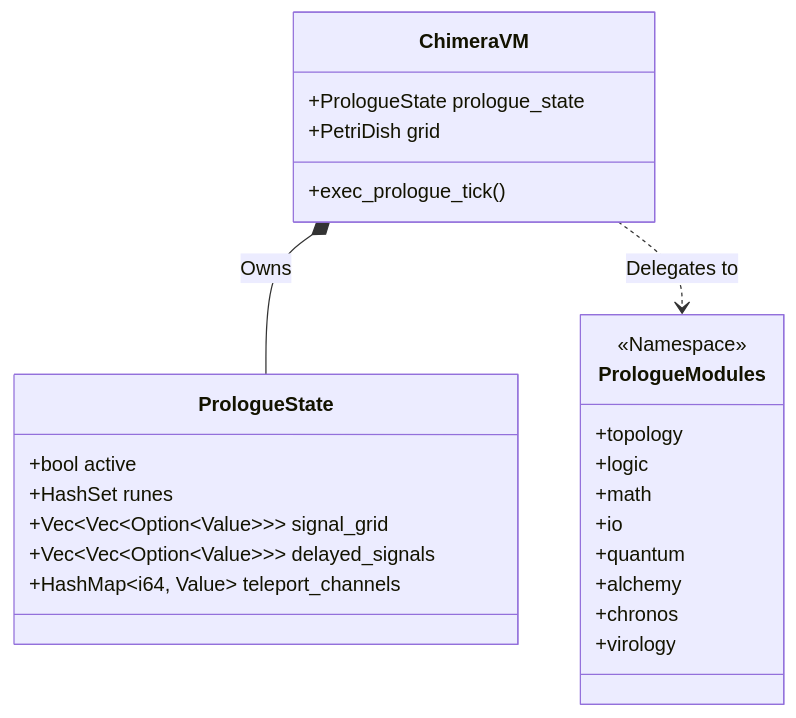
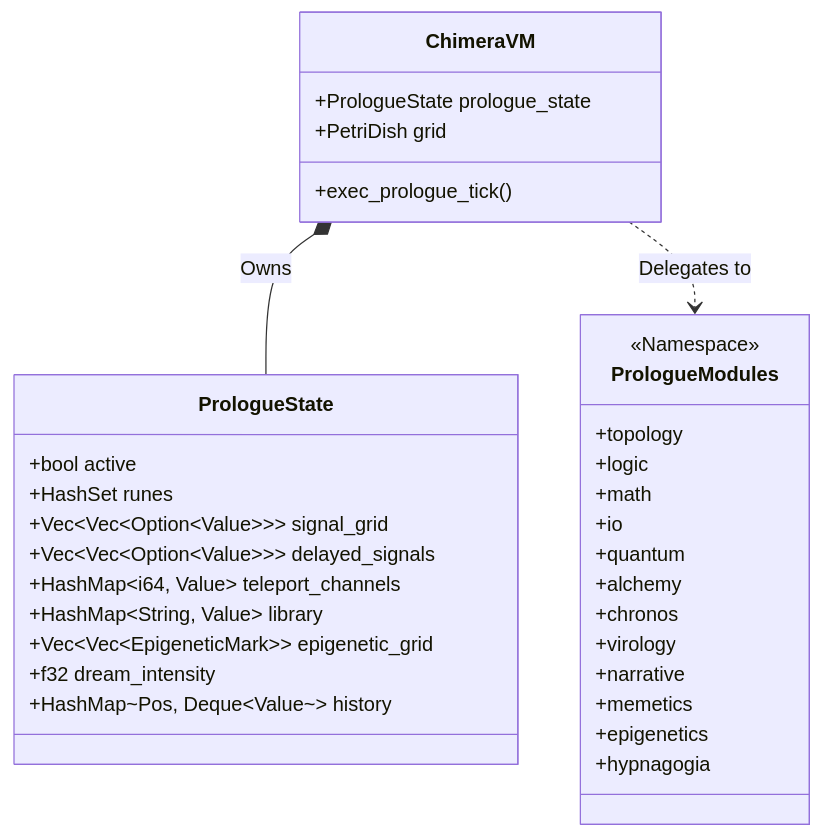
Before and after one commit to madmax983/skunkworks: diagram 42 of 51 in docs/architecture.md, drawn with Mermaid. The commit also changed 1 other file, not shown here.

Commit message:
Docs: Add ADR 046 and update architecture diagrams for Narrative/Memetics
*   Created `docs/adr/046-chimera-narrative-memetics.md` to document the new Narrative and Memetics subsystems in `chimera-lang`.
*   Updated `docs/architecture.md` to include `narrative`, `memetics`, `epigenetics`, and `hypnagogia` in the `PrologueModules` class diagram.
*   Updated `PrologueState` in `docs/architecture.md` to include `library`, `epigenetic_grid`, `dream_intensity`, and `history`.

Context:
This change improves architectural transparency by documenting the recently added literary automata features in the Prologue system, ensuring the documentation reflects the current codebase state.

````diff
--- a/docs/architecture.md
+++ b/docs/architecture.md
@@ -1121,32 +1121,40 @@
 ```mermaid
 classDiagram
     direction TB
     class ChimeraVM {
         +PrologueState prologue_state
         +PetriDish grid
         +exec_prologue_tick()
     }
 
     class PrologueState {
         +bool active
         +HashSet runes
         +Vec~Vec~Option~Value~~~ signal_grid
         +Vec~Vec~Option~Value~~~ delayed_signals
         +HashMap~i64, Value~ teleport_channels
+        +HashMap~String, Value~ library
+        +Vec~Vec~EpigeneticMark~~ epigenetic_grid
+        +f32 dream_intensity
+        +HashMap~Pos, Deque~Value~~ history
     }
 
     class PrologueModules {
         <<Namespace>>
         +topology
         +logic
         +math
         +io
         +quantum
         +alchemy
         +chronos
         +virology
+        +narrative
+        +memetics
+        +epigenetics
+        +hypnagogia
     }
 
     ChimeraVM *-- PrologueState : Owns
     ChimeraVM ..> PrologueModules : Delegates to
 ```
````
